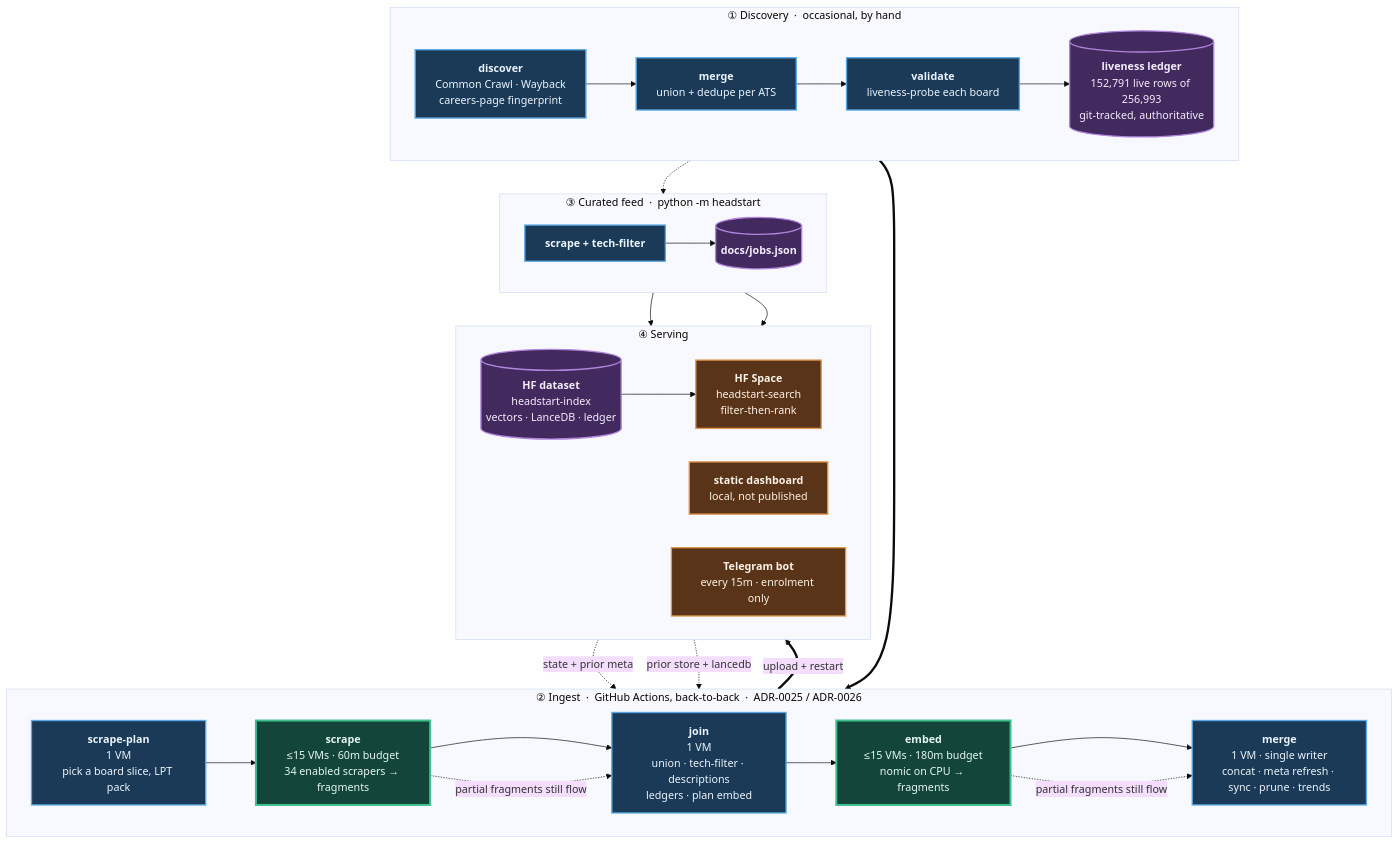
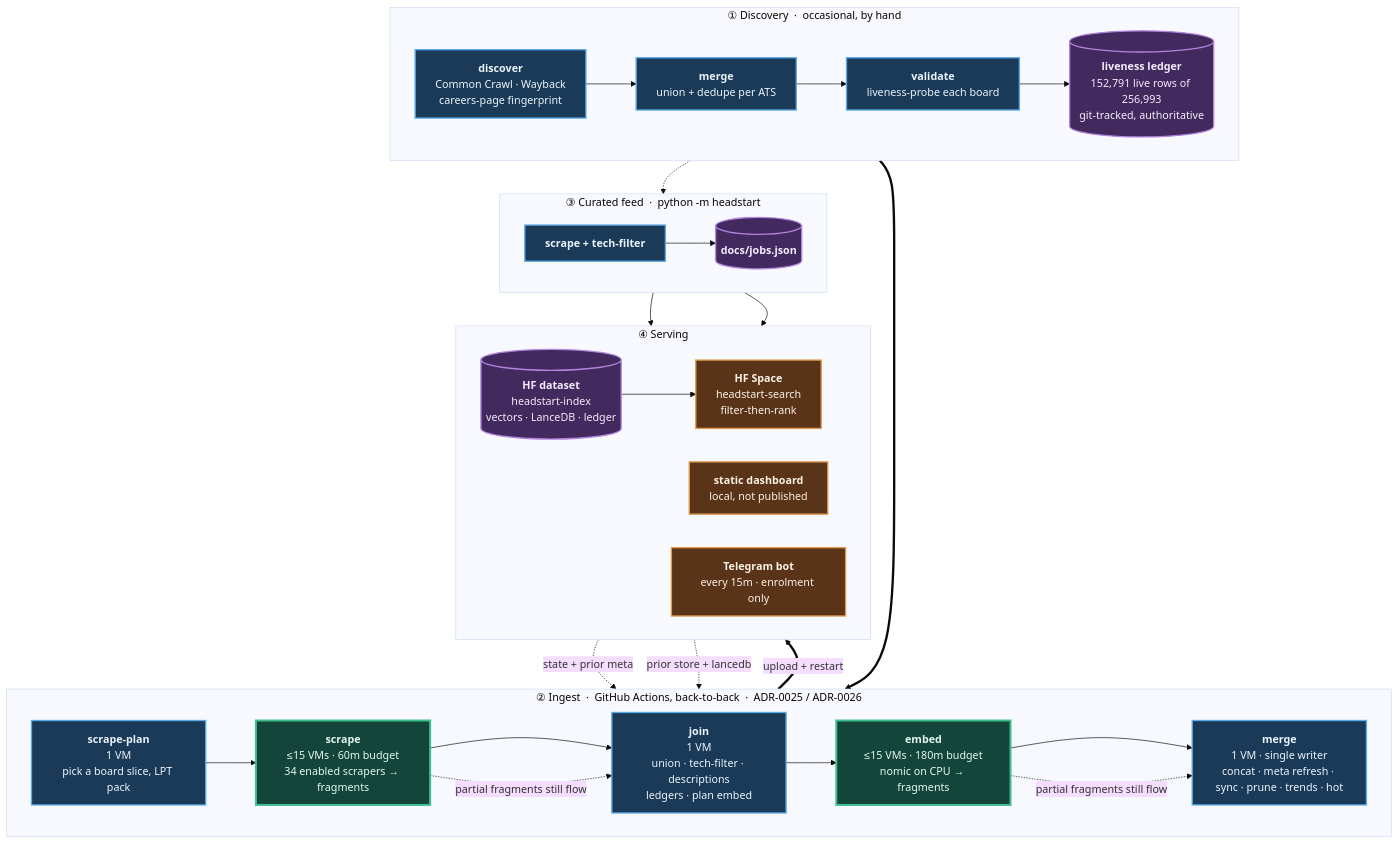
Before and after one commit to sarthakjain004/headstart: the diagram in README.md, drawn with Mermaid (base theme). The commit also changed other lines of this file and 15 other files, not shown here.

````diff
--- a/README.md
+++ b/README.md
@@ -141,56 +141,56 @@
 ```mermaid
 flowchart TB
     subgraph D["① Discovery &nbsp;·&nbsp; occasional, by hand"]
         direction LR
         D1["<b>discover</b><br/>Common Crawl · Wayback<br/>careers-page fingerprint"]
         D2["<b>merge</b><br/>union + dedupe per ATS"]
         D3["<b>validate</b><br/>liveness-probe each board"]
         D4[("<b>liveness ledger</b><br/>152,791 live rows of 256,993<br/>git-tracked, authoritative")]
         D1 --> D2 --> D3 --> D4
     end
 
     subgraph P["② Ingest &nbsp;·&nbsp; GitHub Actions, back-to-back &nbsp;·&nbsp; ADR-0025 / ADR-0026"]
         direction LR
         P1["<b>scrape-plan</b><br/>1 VM<br/>pick a board slice, LPT pack"]
         P2["<b>scrape</b><br/>≤15 VMs · 60m budget<br/>34 enabled scrapers → fragments"]
         P3["<b>join</b><br/>1 VM<br/>union · tech-filter · descriptions<br/>ledgers · plan embed"]
         P4["<b>embed</b><br/>≤15 VMs · 180m budget<br/>nomic on CPU → fragments"]
-        P5["<b>merge</b><br/>1 VM · single writer<br/>concat · meta refresh · sync · prune · trends"]
+        P5["<b>merge</b><br/>1 VM · single writer<br/>concat · meta refresh · sync · prune · trends · hot"]
         P1 --> P2 --> P3 --> P4 --> P5
     end
 
     subgraph F["③ Curated feed &nbsp;·&nbsp; python -m headstart"]
         direction LR
         F1["<b>scrape + tech-filter</b>"]
         F2[("<b>docs/jobs.json</b>")]
         F1 --> F2
     end
 
     subgraph S["④ Serving"]
         direction LR
         S1[("<b>HF dataset</b><br/>headstart-index<br/>vectors · LanceDB · ledger")]
         S2["<b>HF Space</b><br/>headstart-search<br/>filter-then-rank"]
         S3["<b>static dashboard</b><br/>local, not published"]
         S4["<b>Telegram bot</b><br/>every 15m · enrolment only"]
         S1 --> S2
     end
 
     D4 ==> P1
     S1 -. "state + prior meta" .-> P1
     S1 -. "prior store + lancedb" .-> P5
     D4 -.-> F1
     P5 ==>|"upload + restart"| S1
     F2 --> S3
     F2 --> S4
     P2 -. "partial fragments still flow" .-> P3
     P4 -. "partial fragments still flow" .-> P5
 
     classDef serial fill:#1b3a57,stroke:#5aa9e6,stroke-width:2px,color:#eaf4fc
     classDef fan fill:#14453a,stroke:#3fbf8f,stroke-width:3px,color:#e4f7f0
     classDef store fill:#42295e,stroke:#b184dd,stroke-width:2px,color:#f4ecfc
     classDef serve fill:#5a3418,stroke:#e09a4f,stroke-width:2px,color:#fbf1e6
     class D1,D2,D3,P1,P3,P5,F1 serial
     class P2,P4 fan
     class D4,F2,S1 store
     class S2,S3,S4 serve
 ```
````
